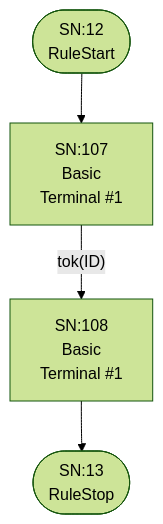
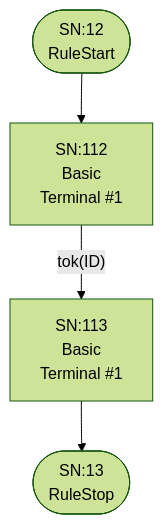
Before and after one commit to TypeFox/fastbelt: the seventh of 25 diagrams in internal/grammar/atn.md, drawn with Mermaid (forest theme). The commit also changed other lines of this file and 13 other files, not shown here.

````diff
--- a/internal/grammar/atn.md
+++ b/internal/grammar/atn.md
@@ -188,11 +199,11 @@
 ```mermaid
 flowchart TD
     q12(["SN:12<br/>RuleStart"])
     q13(["SN:13<br/>RuleStop"])
-    q107["SN:107<br/>Basic<br/>Terminal #1"]
-    q108["SN:108<br/>Basic<br/>Terminal #1"]
+    q112["SN:112<br/>Basic<br/>Terminal #1"]
+    q113["SN:113<br/>Basic<br/>Terminal #1"]
 
-    q12 --> q107
-    q107 -->|"tok(ID)"| q108
-    q108 --> q13
+    q12 --> q112
+    q112 -->|"tok(ID)"| q113
+    q113 --> q13
 ```
````
